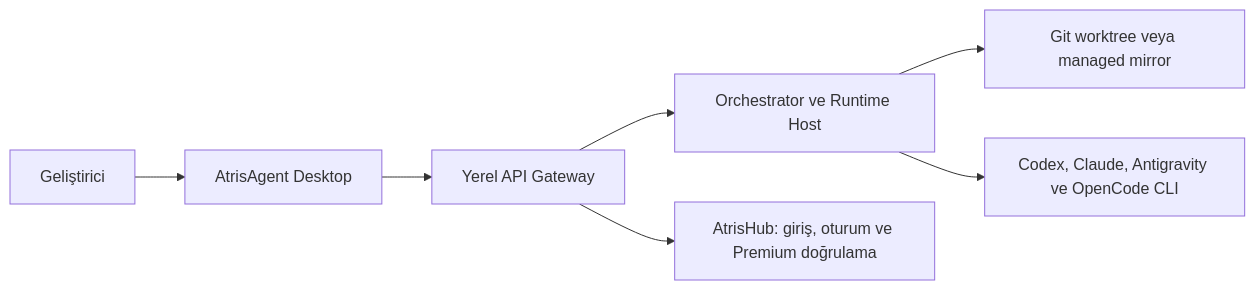
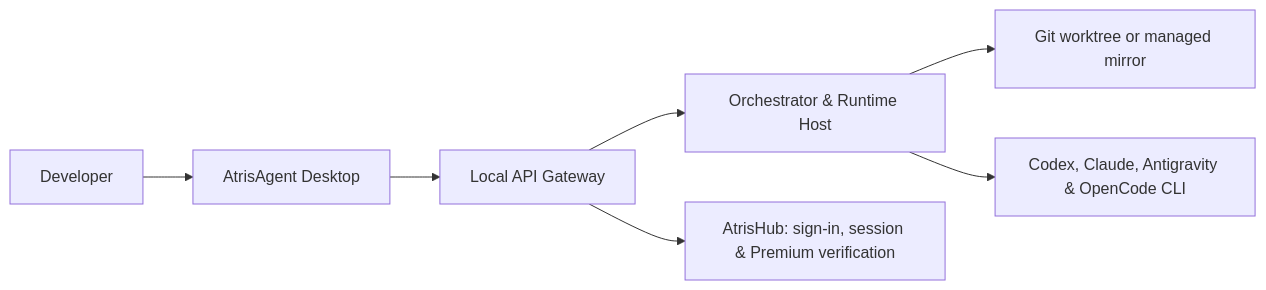
One commit to merteren97/AtrisAgent changed the diagram in README.md. Above: the diagram before and after it, drawn with Mermaid. The commit also changed other lines of this file and 1 other file, not shown here.

````diff
--- a/README.md
+++ b/README.md
@@ -34,9 +42,9 @@
 ```mermaid
 flowchart LR
-    U["Geliştirici"] --> D["AtrisAgent Desktop"]
-    D --> G["Yerel API Gateway"]
-    G --> O["Orchestrator ve Runtime Host"]
-    O --> W["Git worktree veya managed mirror"]
-    O --> C["Codex, Claude, Antigravity ve OpenCode CLI"]
-    G --> H["AtrisHub: giriş, oturum ve Premium doğrulama"]
+    U["Developer"] --> D["AtrisAgent Desktop"]
+    D --> G["Local API Gateway"]
+    G --> O["Orchestrator & Runtime Host"]
+    O --> W["Git worktree or managed mirror"]
+    O --> C["Codex, Claude, Antigravity & OpenCode CLI"]
+    G --> H["AtrisHub: sign-in, session & Premium verification"]
 ```
````
